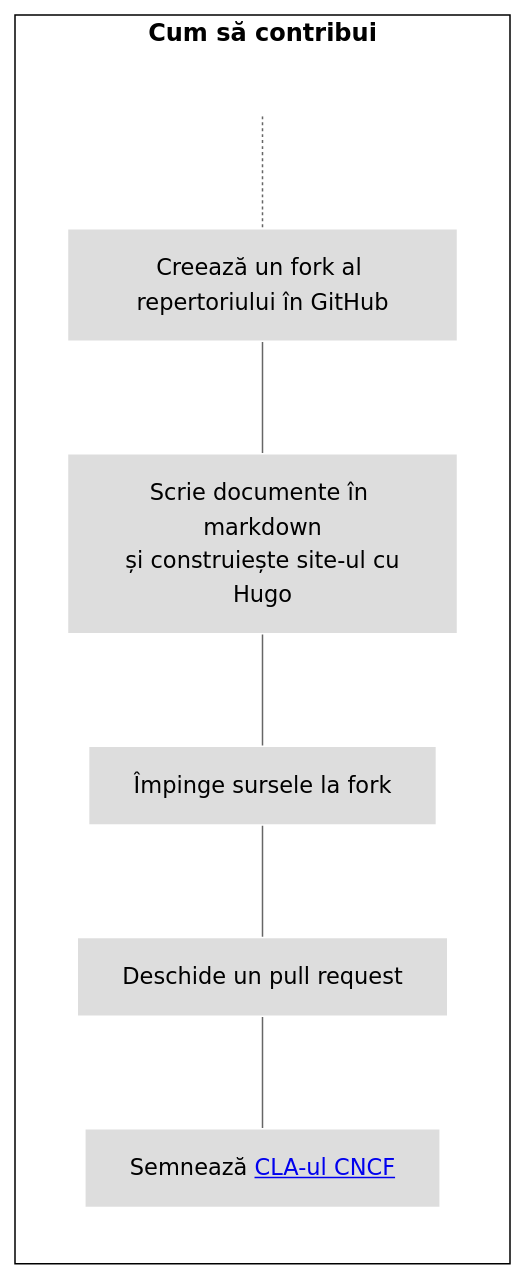
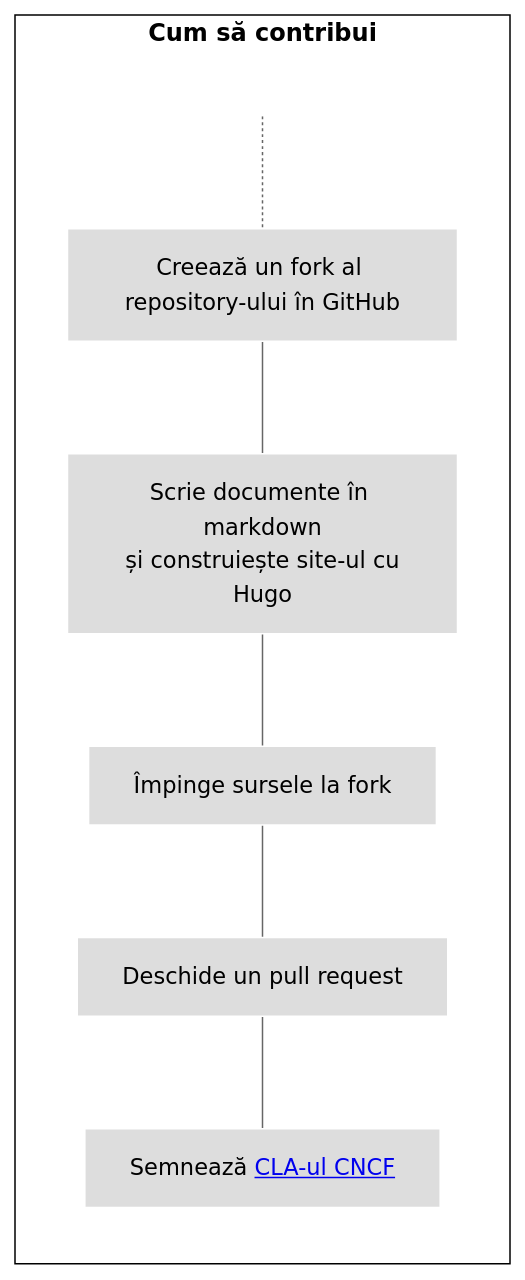
Before and after one commit to open-telemetry/opentelemetry.io: the first of 4 diagrams in content/ro/docs/contributing/pull-requests.md, drawn with Mermaid (neutral theme). The commit also changed other lines of this file, not shown here.

Commit message:
substitute repertoriu with repository (and variations)

````diff
--- a/content/ro/docs/contributing/pull-requests.md
+++ b/content/ro/docs/contributing/pull-requests.md
@@ -63,18 +63,18 @@
 ```mermaid
 flowchart LR
     subgraph first[Cum să contribui]
     direction TB
        T[ ] -.-
-       B[Creează un fork al repertoriului în GitHub] --- C[Scrie documente în markdown<br> și construiește site-ul cu Hugo]
+       B[Creează un fork al repository-ului în GitHub] --- C[Scrie documente în markdown<br> și construiește site-ul cu Hugo]
        C --- D[Împinge sursele la fork]
        D --- E[Deschide un pull request]
        E --- F[Semnează <a href="../prerequisites/#cla">CLA-ul CNCF</a>]
     end
 
 classDef grey fill:#dddddd,stroke:#ffffff,stroke-width:px,color:#000000, font-size:15px;
 classDef white fill:#ffffff,stroke:#000,stroke-width:px,color:#000,font-weight:bold
 classDef spacewhite fill:#ffffff,stroke:#fff,stroke-width:0px,color:#000
 class A,B,C,D,E,F,G,H grey
 class S,T spacewhite
 class first,second white
 ```
````
